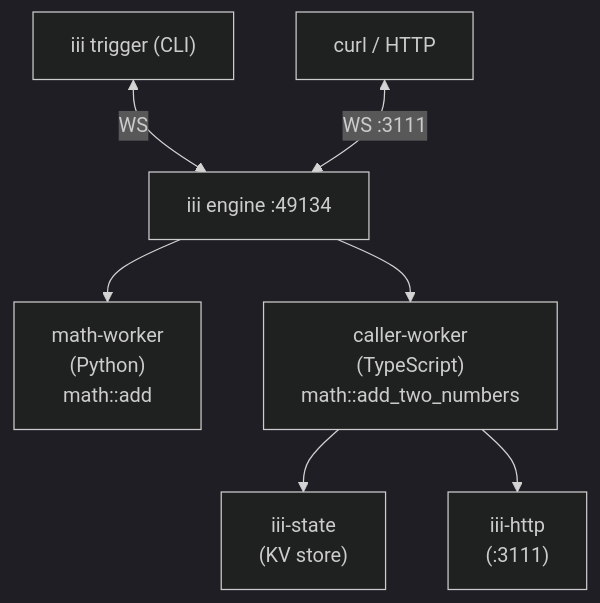
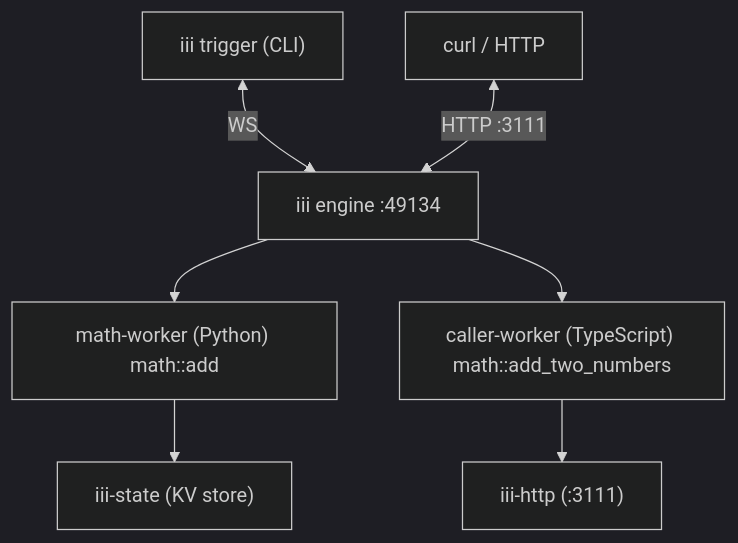
Before and after one commit to iii-hq/iii: the diagram in docs/quickstart.mdx, drawn with Mermaid (dark theme). The commit also changed other lines of this file, not shown here.

Commit message:
fix: architecture diagram

````diff
--- a/docs/quickstart.mdx
+++ b/docs/quickstart.mdx
@@ -297,11 +297,11 @@
 ```mermaid
 graph TD
   CLI["iii trigger (CLI)"] <-->|WS| Engine["iii engine :49134"]
-  HTTP["curl / HTTP"] <-->|WS :3111| Engine
+  HTTP["curl / HTTP"] <-->|HTTP :3111| Engine
 
-  Engine --> Math["math-worker\n(Python)\nmath::add"]
-  Engine --> Caller["caller-worker\n(TypeScript)\nmath::add_two_numbers"]
+  Engine --> Math["math-worker (Python) math::add"]
+  Engine --> Caller["caller-worker (TypeScript) math::add_two_numbers"]
 
-  Caller --> State["iii-state\n(KV store)"]
-  Caller --> HttpWorker["iii-http\n(:3111)"]
+  Math --> State["iii-state (KV store)"]
+  Caller --> HttpWorker["iii-http (:3111)"]
 ```
````
